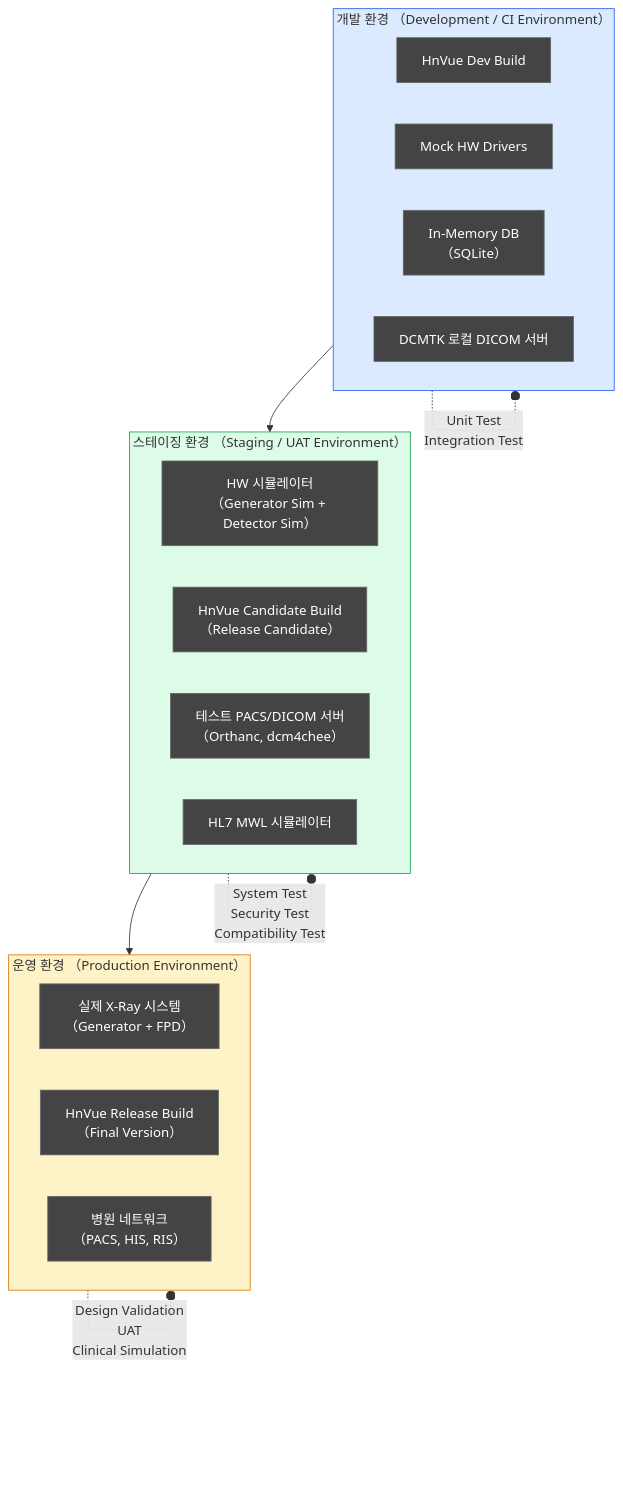
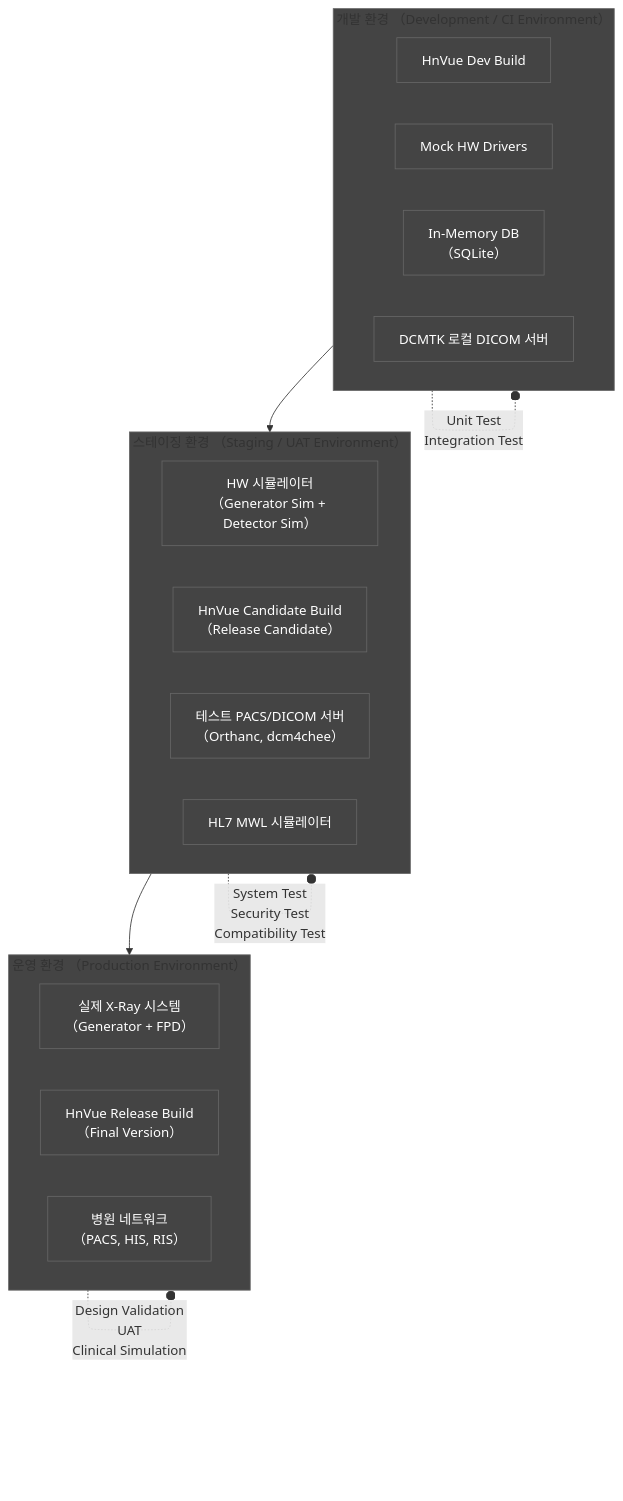
Before and after one commit to holee9/console-gui: the eighth of 11 diagrams in docs/verification/DOC-011_VV_Master_Plan_v1.0.md, drawn with Mermaid. The commit also changed other lines of this file and 35 other files, not shown here.

First line of the commit message:
fix: 전체 Mermaid 차트 색상 진한 회색 통일

````diff
--- a/docs/verification/DOC-011_VV_Master_Plan_v1.0.md
+++ b/docs/verification/DOC-011_VV_Master_Plan_v1.0.md
@@ -639,34 +639,34 @@
 ```mermaid
 flowchart TB
     classDef default fill:#444,stroke:#666,color:#fff
     subgraph PROD["운영 환경 （Production Environment）"]
         PROD_HW["실제 X-Ray 시스템\n（Generator + FPD）"]
         PROD_SW["HnVue Release Build\n（Final Version）"]
         PROD_NET["병원 네트워크\n（PACS, HIS, RIS）"]
     end
 
     subgraph STAGE["스테이징 환경 （Staging / UAT Environment）"]
         STAGE_HW["HW 시뮬레이터\n（Generator Sim + Detector Sim）"]
         STAGE_SW["HnVue Candidate Build\n（Release Candidate）"]
         STAGE_NET["테스트 PACS/DICOM 서버\n（Orthanc, dcm4chee）"]
         STAGE_MWL["HL7 MWL 시뮬레이터"]
     end
 
     subgraph DEV["개발 환경 （Development / CI Environment）"]
         DEV_SW["HnVue Dev Build"]
         DEV_MOCK["Mock HW Drivers"]
         DEV_DB["In-Memory DB\n（SQLite）"]
         DEV_DICOM["DCMTK 로컬 DICOM 서버"]
     end
 
     DEV --> STAGE
     STAGE --> PROD
 
     DEV -. "Unit Test\nIntegration Test" .-o DEV
     STAGE -. "System Test\nSecurity Test\nCompatibility Test" .-o STAGE
     PROD -. "Design Validation\nUAT\nClinical Simulation" .-o PROD
 
-    style DEV fill:#dbeafe,stroke:#2563eb
-    style STAGE fill:#dcfce7,stroke:#16a34a
-    style PROD fill:#fef3c7,stroke:#d97706
+    style DEV fill:#444,stroke:#666
+    style STAGE fill:#444,stroke:#666
+    style PROD fill:#444,stroke:#666
 ```
````
